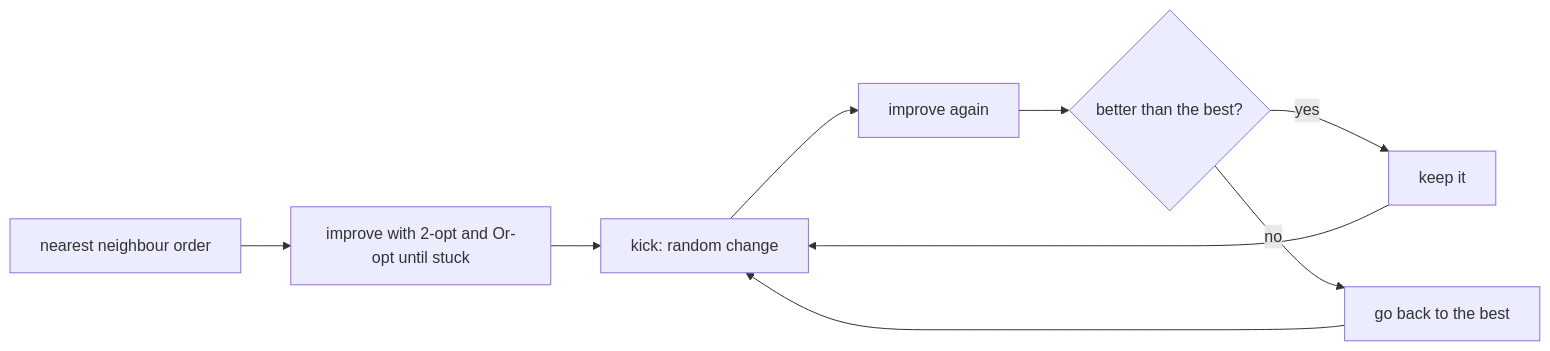
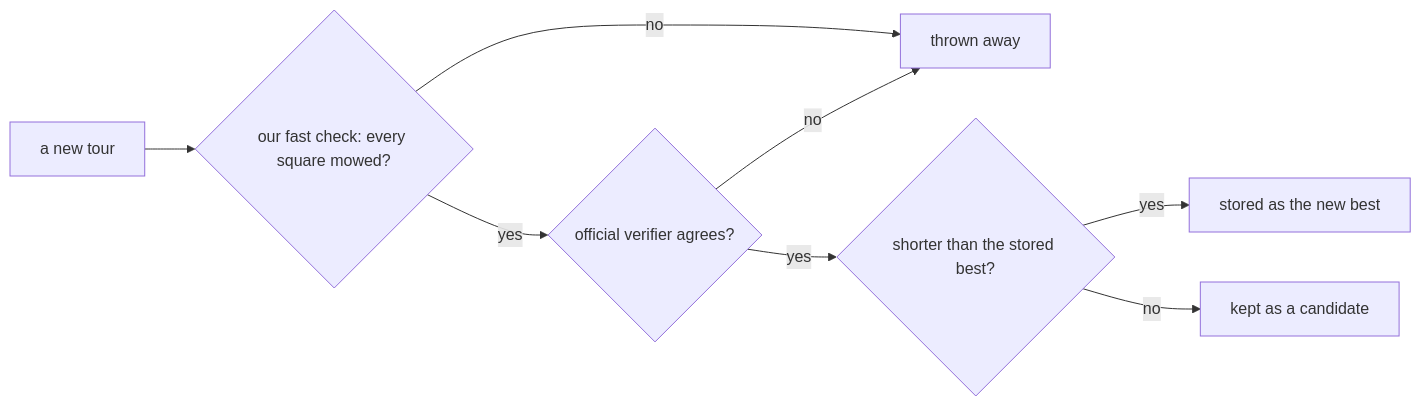
One commit to voltro33/CG-SHOP-2027 changed the diagram in docs/how-it-works.md. Above: the diagram before and after it, drawn with Mermaid. The commit also changed other lines of this file and 63 other files, not shown here.

````diff
--- a/docs/how-it-works.md
+++ b/docs/how-it-works.md
@@ -185,9 +228,10 @@
 ```mermaid
 flowchart LR
-    S[nearest neighbour order] --> D[improve with 2-opt and Or-opt until stuck]
-    D --> K[kick: random change]
-    K --> D2[improve again]
-    D2 --> Q{better than the best?}
-    Q -- yes --> B[keep it] --> K
-    Q -- no --> R[go back to the best] --> K
+    S[a new tour] --> F{our fast check: every square mowed?}
+    F -- no --> X[thrown away]
+    F -- yes --> O{official verifier agrees?}
+    O -- no --> X
+    O -- yes --> K{shorter than the stored best?}
+    K -- yes --> B[stored as the new best]
+    K -- no --> C[kept as a candidate]
 ```
````
